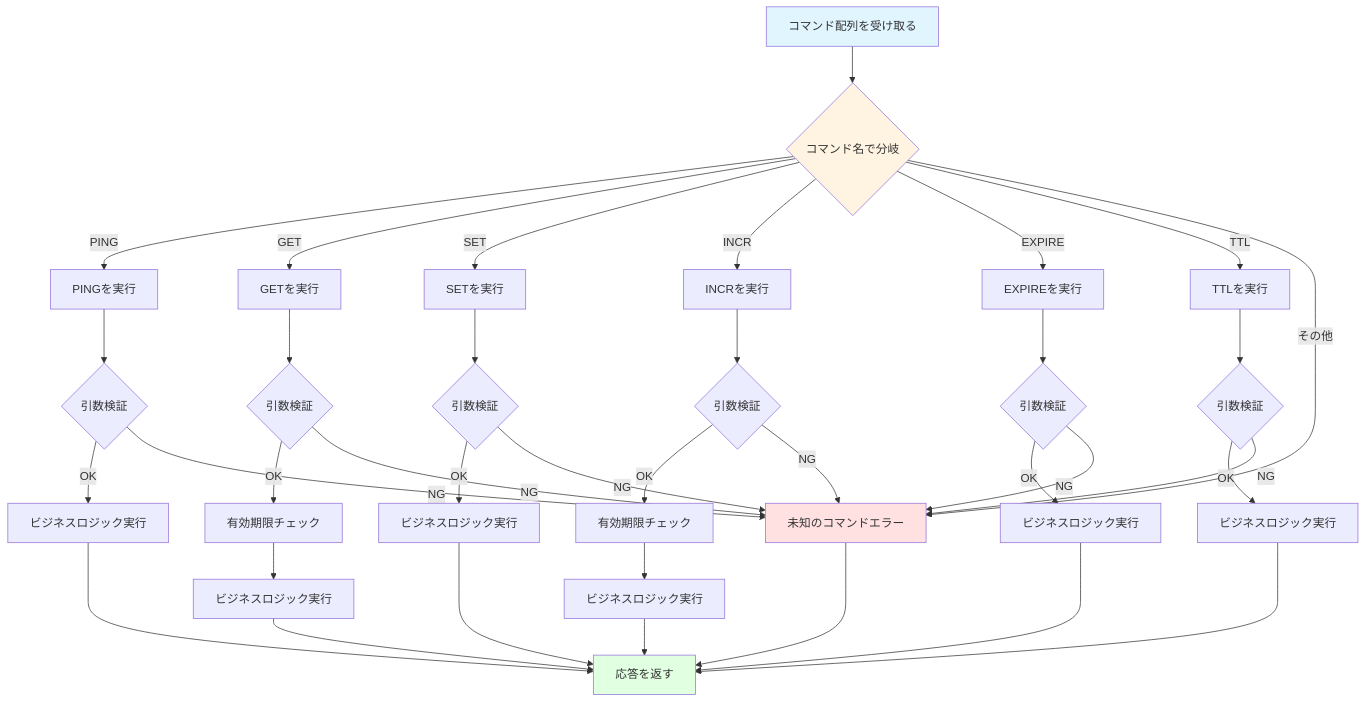
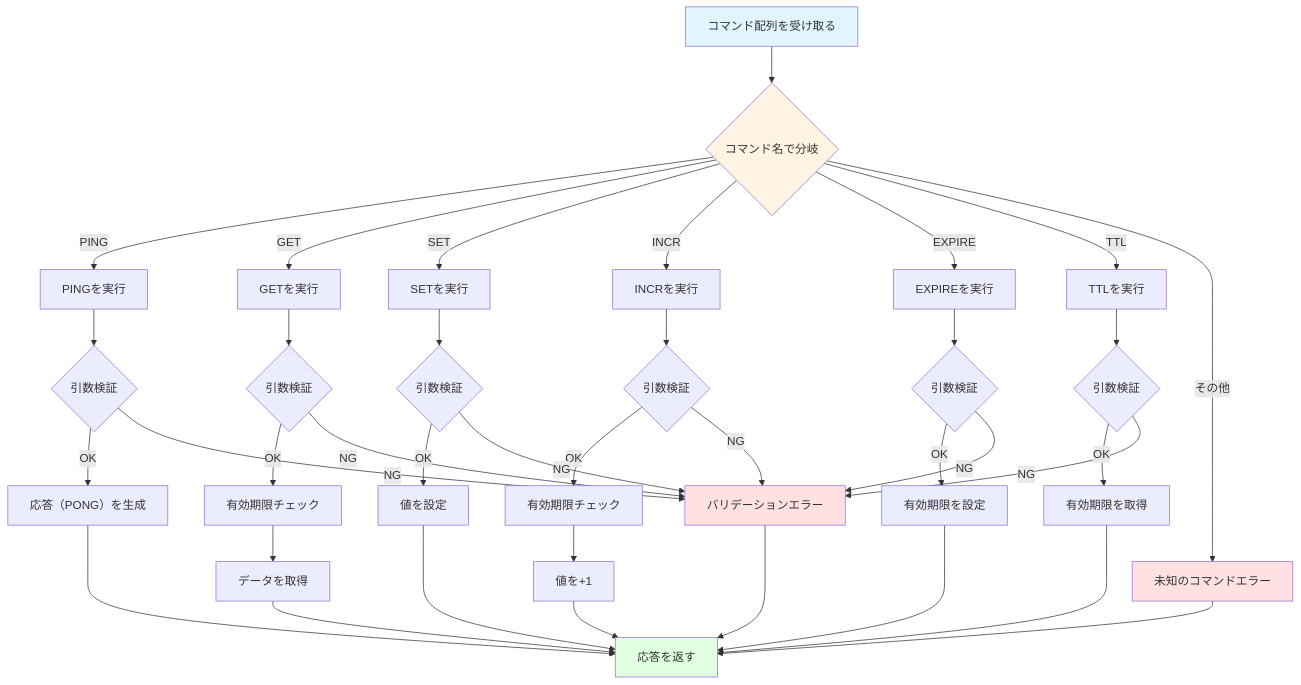
The first of 2 diagrams in docs/lectures/03-commands.md (hkws/mini-redis-py), drawn with Mermaid before and after one commit. The commit also changed other lines of this file and 1 other file, not shown here.

Commit message:
[wip] impl commands

````diff
--- a/docs/lectures/03-commands.md
+++ b/docs/lectures/03-commands.md
@@ -28,49 +22,51 @@
 ```mermaid
 graph TB
     START[コマンド配列を受け取る] --> ROUTE{コマンド名で分岐}
 
     ROUTE -->|PING| PING_EXEC[PINGを実行]
     ROUTE -->|GET| GET_EXEC[GETを実行]
     ROUTE -->|SET| SET_EXEC[SETを実行]
     ROUTE -->|INCR| INCR_EXEC[INCRを実行]
     ROUTE -->|EXPIRE| EXPIRE_EXEC[EXPIREを実行]
     ROUTE -->|TTL| TTL_EXEC[TTLを実行]
     ROUTE -->|その他| ERROR[未知のコマンドエラー]
 
     PING_EXEC --> VALIDATE1{引数検証}
     GET_EXEC --> VALIDATE2{引数検証}
     SET_EXEC --> VALIDATE3{引数検証}
     INCR_EXEC --> VALIDATE4{引数検証}
     EXPIRE_EXEC --> VALIDATE5{引数検証}
     TTL_EXEC --> VALIDATE6{引数検証}
 
-    VALIDATE1 -->|OK| EXEC1[ビジネスロジック実行]
+    VALIDATE1 -->|OK| EXEC1[応答（PONG）を生成]
     VALIDATE2 -->|OK| EXPIRY_CHECK[有効期限チェック]
-    VALIDATE3 -->|OK| EXEC3[ビジネスロジック実行]
+    VALIDATE3 -->|OK| EXEC3[値を設定]
     VALIDATE4 -->|OK| EXPIRY_CHECK2[有効期限チェック]
-    VALIDATE5 -->|OK| EXEC5[ビジネスロジック実行]
-    VALIDATE6 -->|OK| EXEC6[ビジネスロジック実行]
+    VALIDATE5 -->|OK| EXEC5[有効期限を設定]
+    VALIDATE6 -->|OK| EXEC6[有効期限を取得]
 
-    VALIDATE1 -->|NG| ERROR
-    VALIDATE2 -->|NG| ERROR
-    VALIDATE3 -->|NG| ERROR
-    VALIDATE4 -->|NG| ERROR
-    VALIDATE5 -->|NG| ERROR
-    VALIDATE6 -->|NG| ERROR
+    VALIDATE1 -->|NG| INVALID[バリデーションエラー]
+    VALIDATE2 -->|NG| INVALID
+    VALIDATE3 -->|NG| INVALID
+    VALIDATE4 -->|NG| INVALID
+    VALIDATE5 -->|NG| INVALID
+    VALIDATE6 -->|NG| INVALID
 
-    EXPIRY_CHECK --> EXEC2[ビジネスロジック実行]
-    EXPIRY_CHECK2 --> EXEC4[ビジネスロジック実行]
+    EXPIRY_CHECK --> EXEC2[データを取得]
+    EXPIRY_CHECK2 --> EXEC4[値を+1]
 
     EXEC1 --> RESPONSE[応答を返す]
     EXEC2 --> RESPONSE
     EXEC3 --> RESPONSE
     EXEC4 --> RESPONSE
     EXEC5 --> RESPONSE
     EXEC6 --> RESPONSE
+    INVALID --> RESPONSE
     ERROR --> RESPONSE
 
     style START fill:#e1f5ff
     style ROUTE fill:#fff4e1
     style RESPONSE fill:#e1ffe1
+    style INVALID fill:#ffe1e1
     style ERROR fill:#ffe1e1
 ```
````
